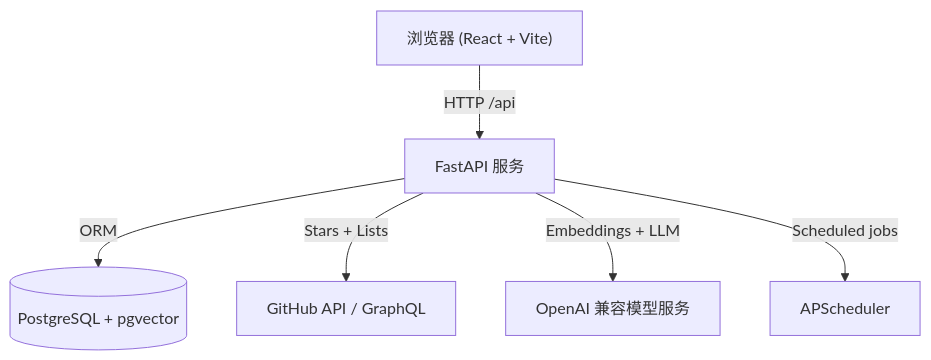
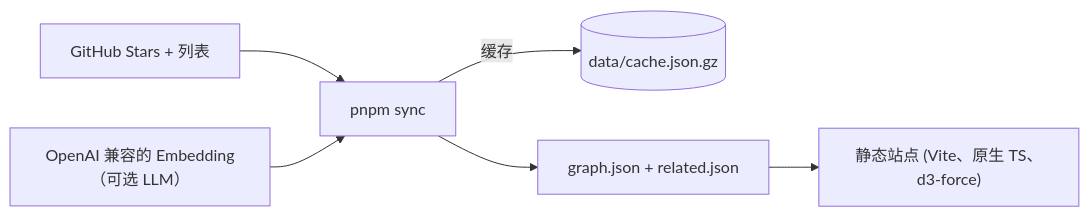
Before and after one commit to Tendo33/MyNebula: the diagram in README.zh.md, drawn with Mermaid. The commit also changed other lines of this file and 400 other files, not shown here.

````diff
--- a/README.zh.md
+++ b/README.zh.md
@@ -126,8 +59,8 @@
 ```mermaid
-graph TD
-    Browser["浏览器 (React + Vite)"] -->|HTTP /api| FastAPI["FastAPI 服务"]
-    FastAPI -->|ORM| Postgres[("PostgreSQL + pgvector")]
-    FastAPI -->|Stars + Lists| GitHub["GitHub API / GraphQL"]
-    FastAPI -->|Embeddings + LLM| AI["OpenAI 兼容模型服务"]
-    FastAPI -->|Scheduled jobs| APS["APScheduler"]
+flowchart LR
+    GH["GitHub Stars + 列表"] --> P["pnpm sync"]
+    AI["OpenAI 兼容的 Embedding（可选 LLM）"] --> P
+    P -->|缓存| C[("data/cache.json.gz")]
+    P --> J["graph.json + related.json"]
+    J --> W["静态站点 (Vite、原生 TS、d3-force)"]
 ```
````
